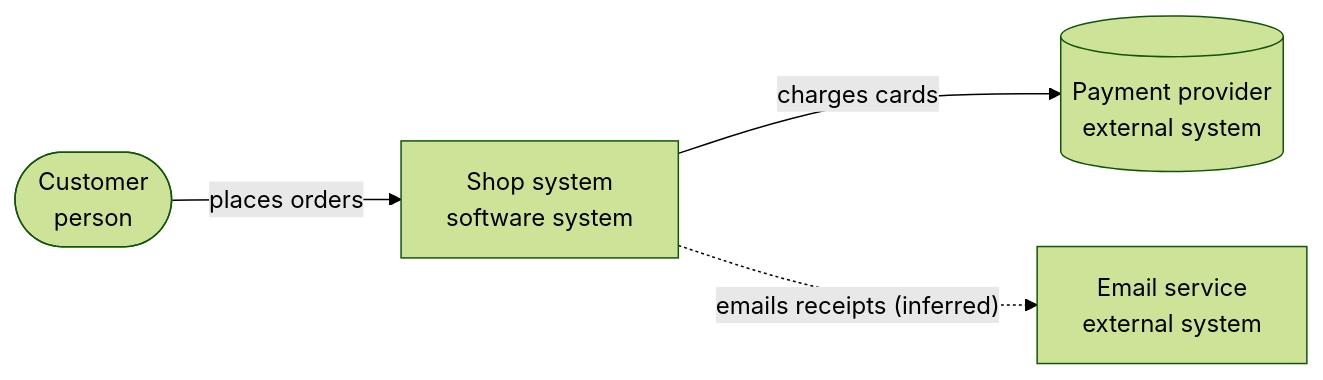
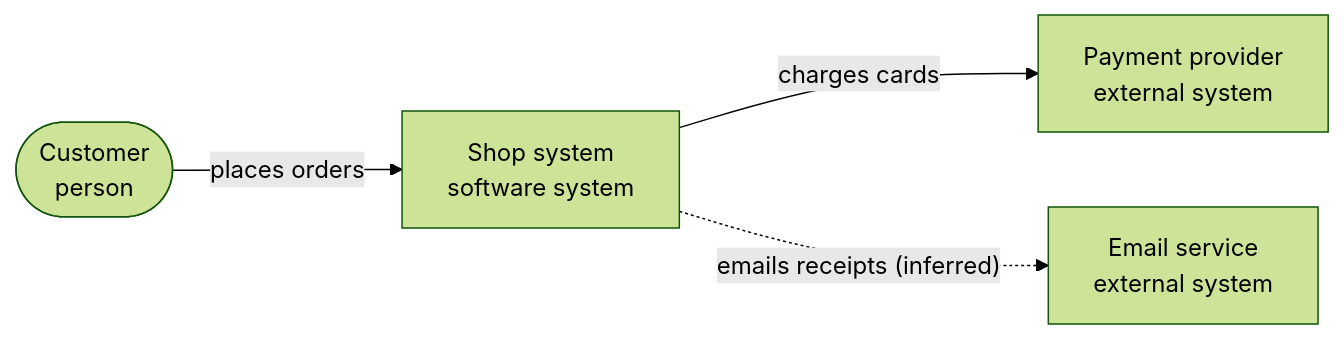
Before and after one commit to bilawalbaig8/hire-an-engineer: the first of 6 diagrams in skills/software-architect/references/diagrams.md, drawn with Mermaid (forest theme). The commit also changed other lines of this file and 11 other files, not shown here.

Commit message:
fix: architect knowledge after whole-branch review (outbox, lockstep, ADR rule, recover scripts, diagram templates)

````diff
--- a/skills/software-architect/references/diagrams.md
+++ b/skills/software-architect/references/diagrams.md
@@ -50,9 +50,9 @@
 ```mermaid
 flowchart LR
   customer(["Customer<br/>person"])
   system["Shop system<br/>software system"]
-  pay[("Payment provider<br/>external system")]
+  pay["Payment provider<br/>external system"]
   customer -->|"places orders"| system
   system -->|"charges cards"| pay
   system -. "emails receipts (inferred)" .-> mail["Email service<br/>external system"]
 ```
````
